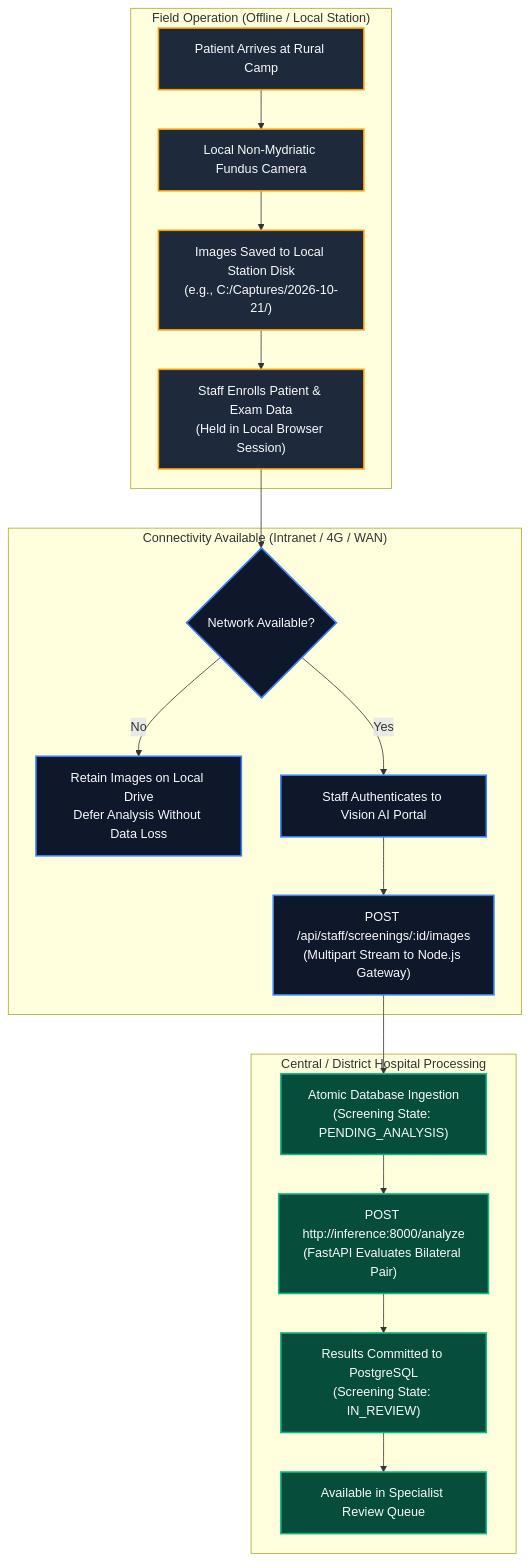
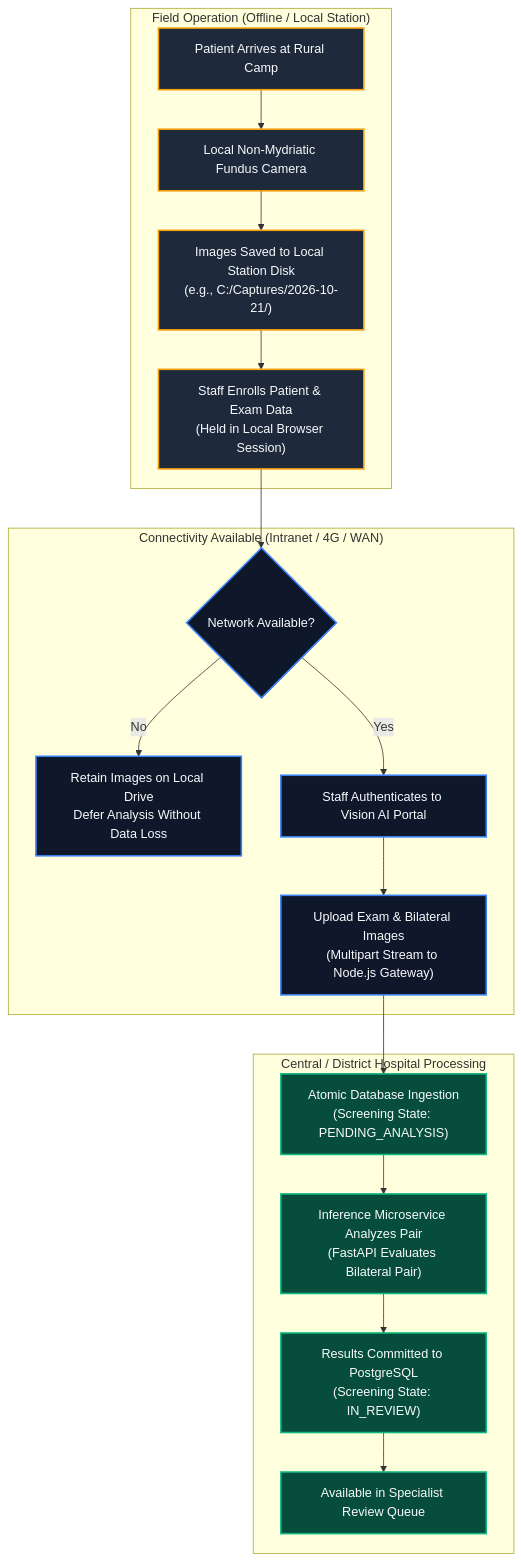
The fourth of 4 diagrams in README.md (SudarshanSingh1/DR-Screening-System), drawn with Mermaid before and after one commit. The commit also changed other lines of this file and 1 other file, not shown here.

````diff
--- a/README.md
+++ b/README.md
@@ -354,26 +385,26 @@
 ```mermaid
 flowchart TD
     classDef field fill:#1e293b,stroke:#f59e0b,stroke-width:2px,color:#f8fafc;
     classDef sync fill:#0f172a,stroke:#3b82f6,stroke-width:2px,color:#f8fafc;
     classDef cloud fill:#064e3b,stroke:#10b981,stroke-width:2px,color:#f8fafc;
 
     subgraph OfflineField["Field Operation (Offline / Local Station)"]
         F1["Patient Arrives at Rural Camp"]:::field --> F2["Local Non-Mydriatic Fundus Camera"]:::field
         F2 --> F3["Images Saved to Local Station Disk<br/>(e.g., C:/Captures/2026-10-21/)"]:::field
         F3 --> F4["Staff Enrolls Patient & Exam Data<br/>(Held in Local Browser Session)"]:::field
     end
 
     subgraph SyncEvent["Connectivity Available (Intranet / 4G / WAN)"]
         F4 --> S1{"Network Available?"}:::sync
         S1 -- "No" --> S2["Retain Images on Local Drive<br/>Defer Analysis Without Data Loss"]:::sync
         S1 -- "Yes" --> S3["Staff Authenticates to Vision AI Portal"]:::sync
-        S3 --> S4["POST /api/staff/screenings/:id/images<br/>(Multipart Stream to Node.js Gateway)"]:::sync
+        S3 --> S4["Upload Exam & Bilateral Images<br/>(Multipart Stream to Node.js Gateway)"]:::sync
     end
 
     subgraph OnlineCloud["Central / District Hospital Processing"]
         S4 --> C1["Atomic Database Ingestion<br/>(Screening State: PENDING_ANALYSIS)"]:::cloud
-        C1 --> C2["POST http://inference:8000/analyze<br/>(FastAPI Evaluates Bilateral Pair)"]:::cloud
+        C1 --> C2["Inference Microservice Analyzes Pair<br/>(FastAPI Evaluates Bilateral Pair)"]:::cloud
         C2 --> C3["Results Committed to PostgreSQL<br/>(Screening State: IN_REVIEW)"]:::cloud
         C3 --> C4["Available in Specialist Review Queue"]:::cloud
     end
 ```
````
